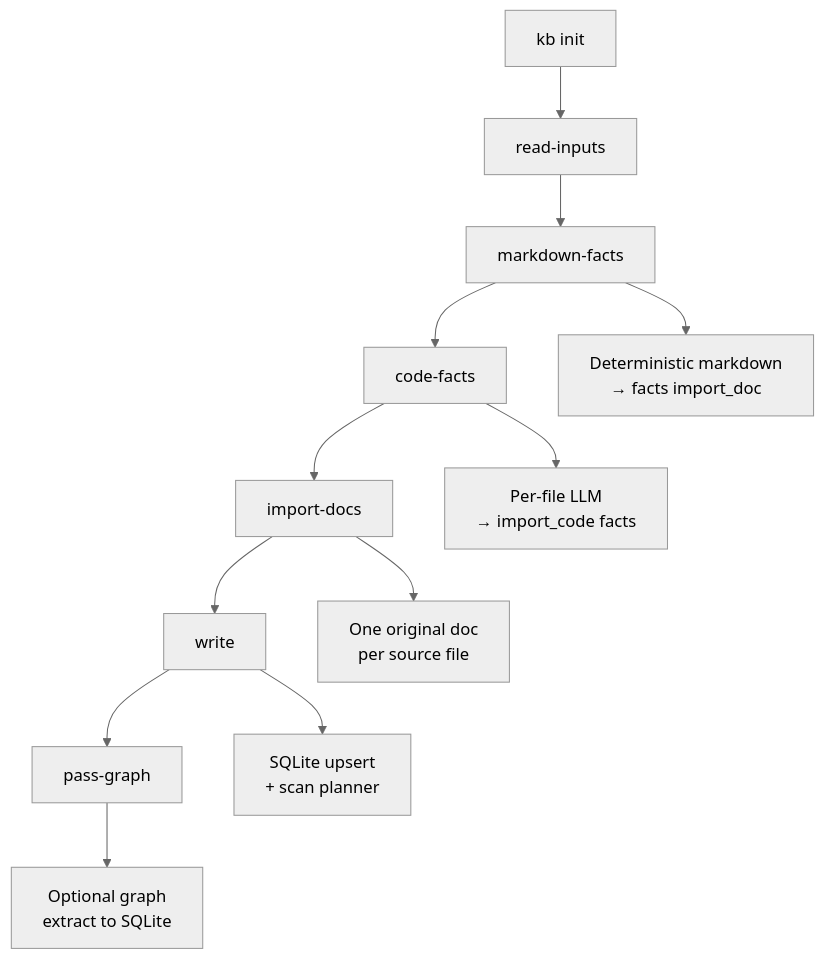
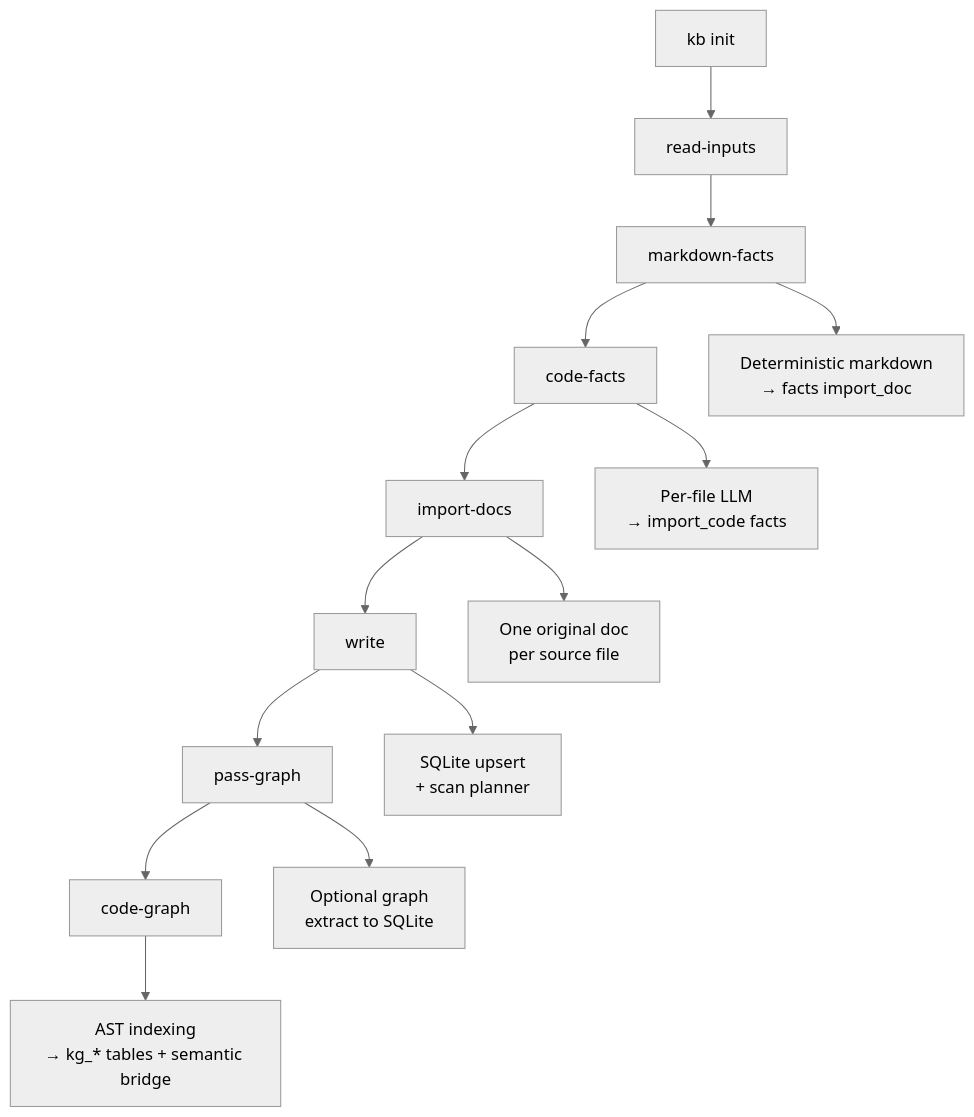
One commit to rosenjcb/kb changed the second of 2 diagrams in src/core/INIT.md. Above: the diagram before and after it, drawn with Mermaid (neutral theme). The commit also changed other lines of this file and 8 other files, not shown here.

````diff
--- a/src/core/INIT.md
+++ b/src/core/INIT.md
@@ -28,15 +28,17 @@
 ```mermaid
 flowchart TD
     A[kb init] --> R[read-inputs]
     R --> MF[markdown-facts]
     MF --> CF[code-facts]
     CF --> IM[import-docs]
     IM --> W[write]
     W --> PG[pass-graph]
+    PG --> CG[code-graph]
 
     MF --> MF1["Deterministic markdown\n→ facts import_doc"]
     CF --> CF1["Per-file LLM\n→ import_code facts"]
     IM --> IM1["One original doc\nper source file"]
     W --> W1["SQLite upsert\n+ scan planner"]
     PG --> PG1["Optional graph\nextract to SQLite"]
+    CG --> CG1["AST indexing\n→ kg_* tables + semantic bridge"]
 ```
````
